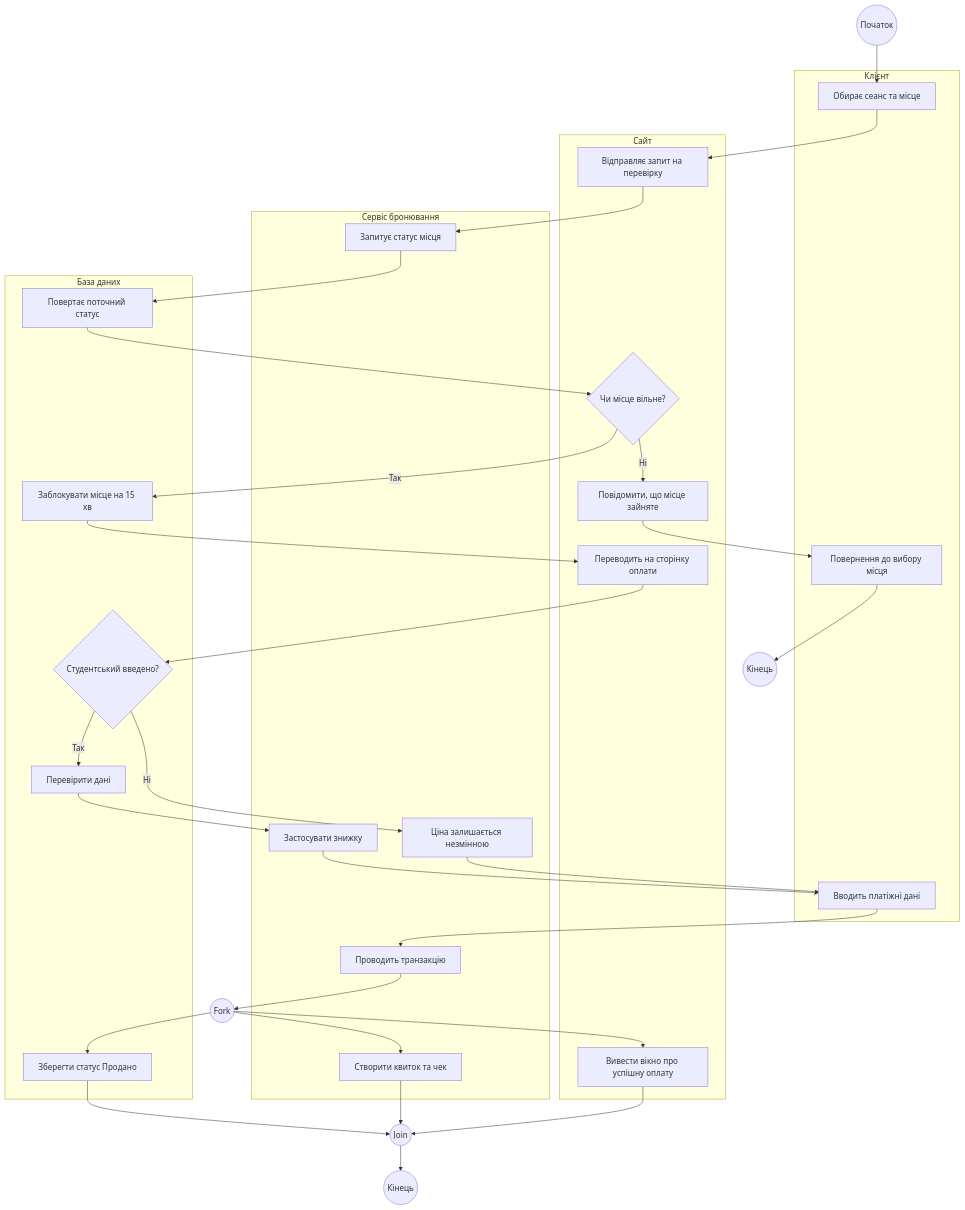
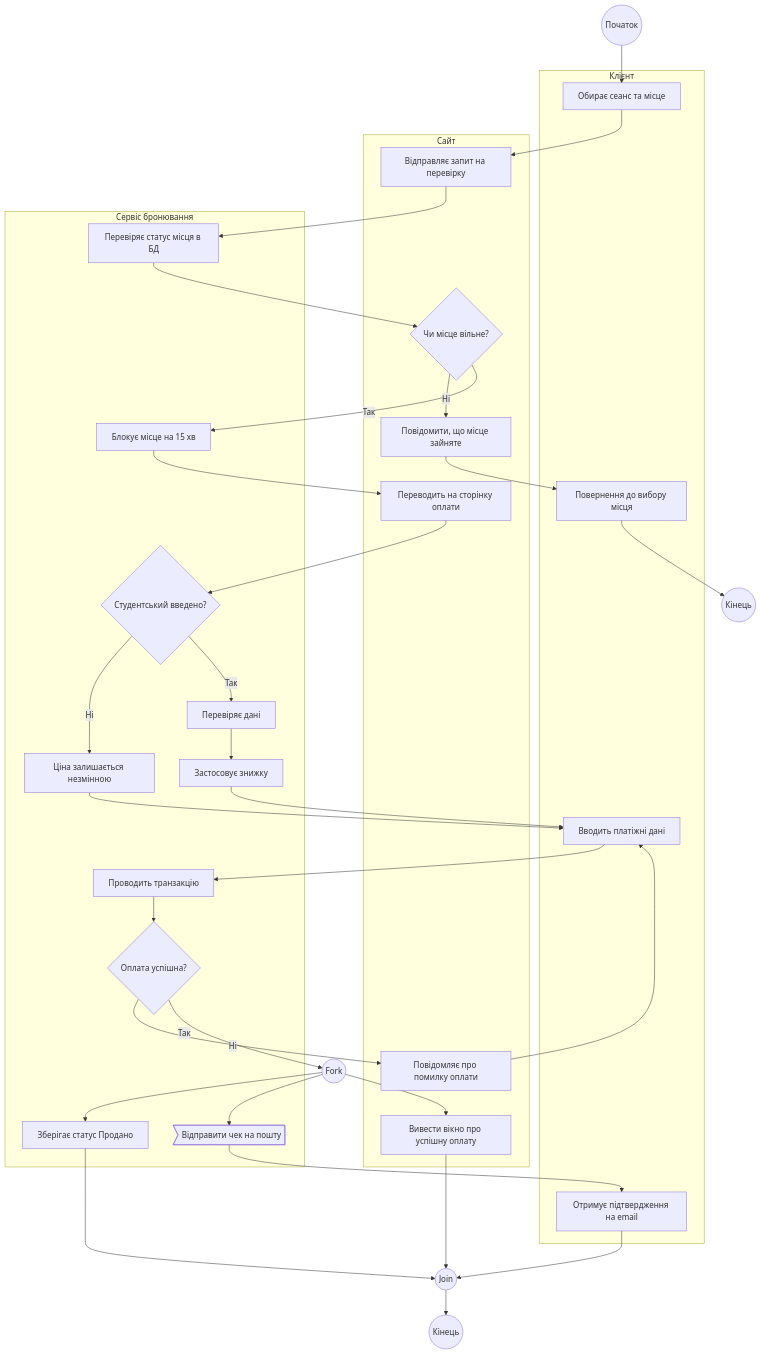
One commit to Cheburek534/KPI2_labs changed the diagram in Lab4/diagram4.mmd. Above: the diagram before and after it, drawn with Mermaid. The commit also changed other lines of this file, not shown here.

Commit message:
Update diagram(AI)

```diff
--- a/Lab4/diagram4.mmd
+++ b/Lab4/diagram4.mmd
@@ -1,66 +1,70 @@
 flowchart TD
     Start((Початок))
 
     subgraph Client [Клієнт]
         C1[Обирає сеанс та місце]
         C2[Повернення до вибору місця]
         C3[Вводить платіжні дані]
+        C4[Отримує підтвердження на email]
     end
 
     subgraph Site [Сайт]
         S1[Відправляє запит на перевірку]
         S2{Чи місце вільне?}
         S3[Повідомити, що місце зайняте]
         S4[Переводить на сторінку оплати]
         S5[Вивести вікно про успішну оплату]
+        S6[Повідомляє про помилку оплати]
     end
 
     subgraph Booking [Сервіс бронювання]
-        B1[Запитує статус місця]
-        B2[Ціна залишається незмінною]
-        B3[Застосувати знижку]
-        B4[Проводить транзакцію]
-        B5[Створити квиток та чек]
-    end
-
-    subgraph DB [База даних]
-        D1[Повертає поточний статус]
-        D2[Заблокувати місце на 15 хв]
-        D3{Студентський введено?}
-        D4[Перевірити дані]
-        D5[Зберегти статус Продано]
+        B1[Перевіряє статус місця в БД]
+        B2[Блокує місце на 15 хв]
+        B3{Студентський введено?}
+        B4[Перевіряє дані]
+        B5[Ціна залишається незмінною]
+        B6[Застосовує знижку]
+        B7[Проводить транзакцію]
+        B8{Оплата успішна?}
+        B9[Зберігає статус Продано]
+        B10>Відправити чек на пошту]
     end
 
     Start --> C1
     C1 --> S1
     S1 --> B1
-    B1 --> D1
-    D1 --> S2
+    B1 --> S2
 
     S2 -- Ні --> S3
     S3 --> C2
     C2 --> End1((Кінець))
 
-    S2 -- Так --> D2
-    D2 --> S4
-    S4 --> D3
+    S2 -- Так --> B2
+    B2 --> S4
+    S4 --> B3
 
-    D3 -- Ні --> B2
-    D3 -- Так --> D4
-    D4 --> B3
+    B3 -- Ні --> B5
+    B3 -- Так --> B4
+    B4 --> B6
 
-    B2 --> C3
-    B3 --> C3
-    C3 --> B4
+    B5 --> C3
+    B6 --> C3
+    C3 --> B7
+    B7 --> B8
 
-    B4 --> Fork((Fork))
+    B8 -- Ні --> S6
+    S6 --> C3
 
-    Fork --> D5
-    Fork --> B5
+    B8 -- Так --> Fork((Fork))
+
+    Fork --> B9
+    Fork --> B10
     Fork --> S5
 
-    D5 --> Join((Join))
-    B5 --> Join
+    B10 --> C4
+
+    B9 --> Join((Join))
+    C4 --> Join
     S5 --> Join
 
     Join --> End2((Кінець))
```
